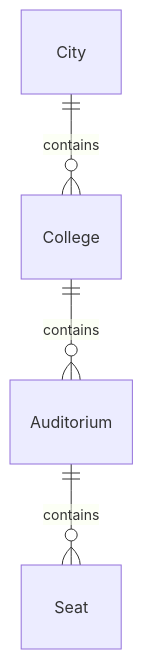
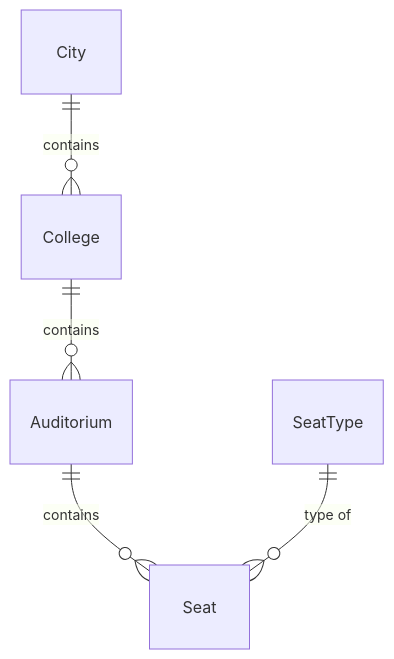
Before and after one commit to amal-sajeev/techtrek: the ninth of 18 diagrams in TechTrek_Documentation.qmd, drawn with Mermaid. The commit also changed other lines of this file and 39 other files, not shown here.

````diff
--- a/TechTrek_Documentation.qmd
+++ b/TechTrek_Documentation.qmd
@@ -152,6 +378,9 @@
 ```{mermaid}
+%%| fig-width: 6.3
+%%| fig-height: 2
 erDiagram
     City ||--o{ College : contains
     College ||--o{ Auditorium : contains
     Auditorium ||--o{ Seat : contains
+    SeatType ||--o{ Seat : "type of"
 ```
````
